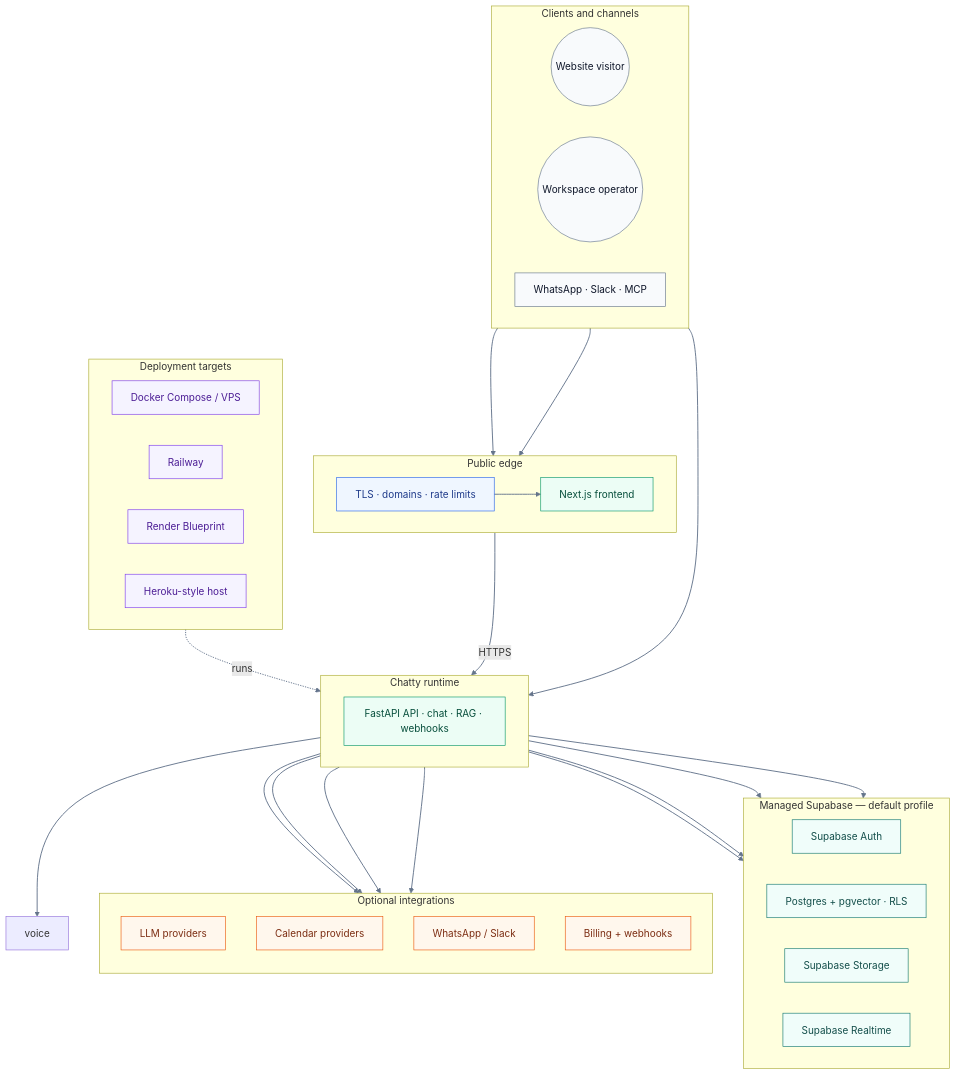
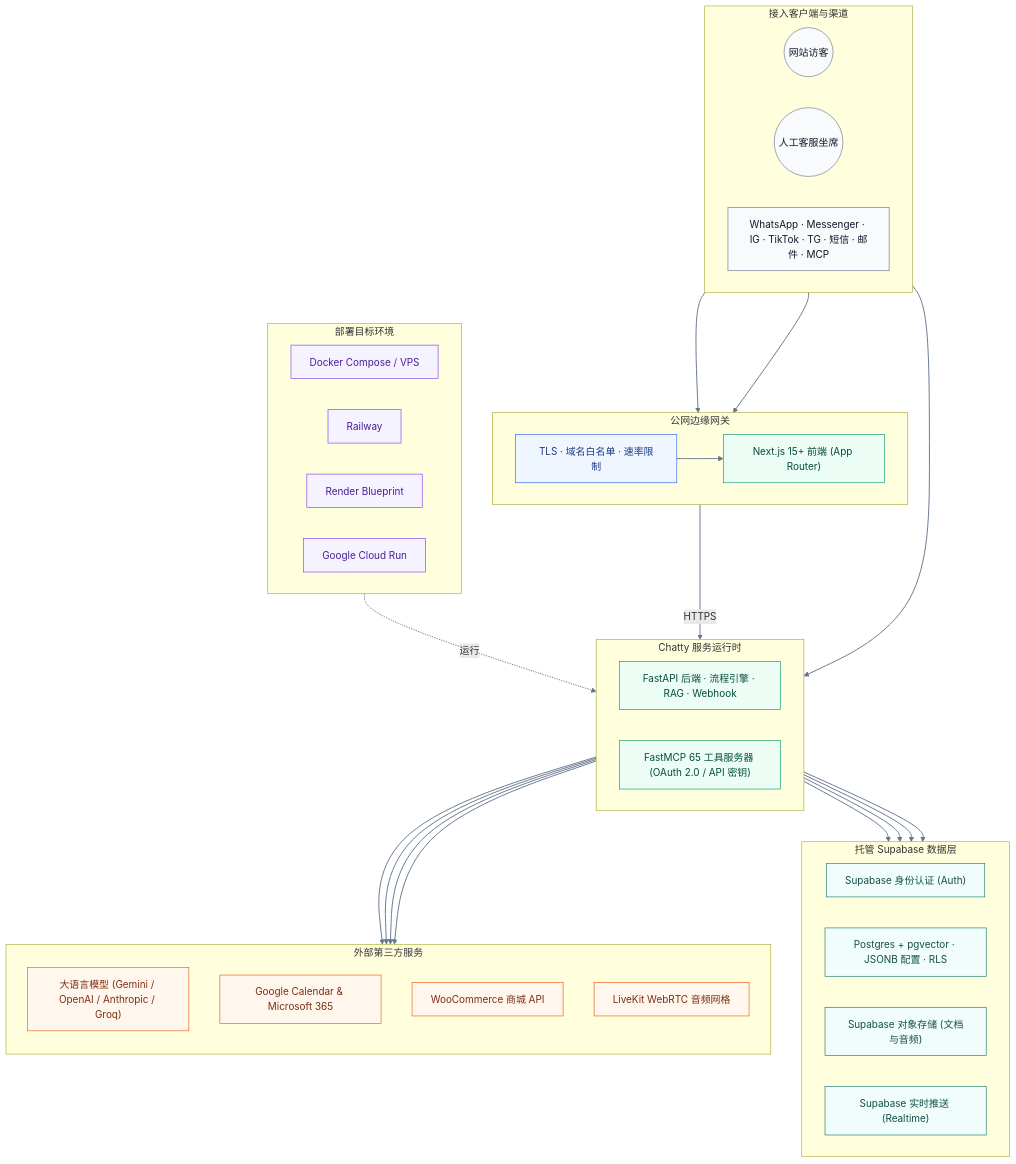
The second of 2 diagrams in README.zh-CN.md (PersonaliAI/chatty), drawn with Mermaid before and after one commit. The commit also changed other lines of this file and 3 other files, not shown here.

Commit message:
docs: fully revise readmes in en, es, ja, zh-cn with 7-channel hub, flow builder, woocommerce, and new diagrams

````diff
--- a/README.zh-CN.md
+++ b/README.zh-CN.md
@@ -115,63 +351,63 @@
 ```mermaid
 flowchart TB
     classDef actor fill:#f8fafc,stroke:#64748b,color:#0f172a
     classDef edge fill:#eff6ff,stroke:#2563eb,color:#1e3a8a
     classDef app fill:#ecfdf5,stroke:#059669,color:#064e3b
     classDef data fill:#f0fdfa,stroke:#0f766e,color:#134e4a
     classDef integration fill:#fff7ed,stroke:#ea580c,color:#7c2d12
     classDef deploy fill:#f5f3ff,stroke:#7c3aed,color:#4c1d95
 
-    subgraph clients["Clients and channels"]
+    subgraph clients["接入客户端与渠道"]
         direction LR
-        visitor(("Website visitor")):::actor
-        operator(("Workspace operator")):::actor
-        channels["WhatsApp · Slack · MCP"]:::actor
+        visitor(("网站访客")):::actor
+        operator(("人工客服坐席")):::actor
+        omni["WhatsApp · Messenger · IG · TikTok · TG · 短信 · 邮件 · MCP"]:::actor
     end
-    subgraph edge["Public edge"]
+    subgraph edge["公网边缘网关"]
         direction LR
-        tls["TLS · domains · rate limits"]:::edge
-        web["Next.js frontend"]:::app
+        tls["TLS · 域名白名单 · 速率限制"]:::edge
+        web["Next.js 15+ 前端 (App Router)"]:::app
     end
-    subgraph runtime["Chatty runtime"]
+    subgraph runtime["Chatty 服务运行时"]
         direction LR
-        api["FastAPI API · chat · RAG · webhooks"]:::app
+        api["FastAPI 后端 · 流程引擎 · RAG · Webhook"]:::app
+        mcp["FastMCP 65 工具服务器 (OAuth 2.0 / API 密钥)"]:::app
     end
-    subgraph managed["Managed Supabase — default profile"]
+    subgraph managed["托管 Supabase 数据层"]
         direction LR
-        auth["Supabase Auth"]:::data
-        postgres["Postgres + pgvector · RLS"]:::data
-        storage["Supabase Storage"]:::data
-        realtime["Supabase Realtime"]:::data
+        auth["Supabase 身份认证 (Auth)"]:::data
+        postgres["Postgres + pgvector · JSONB 配置 · RLS"]:::data
+        storage["Supabase 对象存储 (文档与音频)"]:::data
+        realtime["Supabase 实时推送 (Realtime)"]:::data
     end
-    subgraph integrations["Optional integrations"]
+    subgraph integrations["外部第三方服务"]
         direction TB
-        llm["LLM providers"]:::integration
-        calendar["Calendar providers"]:::integration
-        channelsApi["WhatsApp / Slack"]:::integration
-        billing["Billing + webhooks"]:::integration
+        llm["大语言模型 (Gemini / OpenAI / Anthropic / Groq)"]:::integration
+        calendar["Google Calendar & Microsoft 365"]:::integration
+        wooCommerce["WooCommerce 商城 API"]:::integration
+        voiceLiveKit["LiveKit WebRTC 音频网格"]:::integration
     end
-    subgraph targets["Deployment targets"]
+    subgraph targets["部署目标环境"]
         direction LR
         docker["Docker Compose / VPS"]:::deploy
         railway["Railway"]:::deploy
         render["Render Blueprint"]:::deploy
-        heroku["Heroku-style host"]:::deploy
+        cloudrun["Google Cloud Run"]:::deploy
     end
 
     visitor --> tls
     operator --> web
-    channels --> api
+    omni --> api
     tls --> web
     web -->|HTTPS| api
-    api --> voice
     api --> auth
     api --> postgres
     api --> storage
     api --> realtime
     api --> llm
     api --> calendar
-    api --> channelsApi
-    api --> billing
-    targets -. runs .-> runtime
+    api --> wooCommerce
+    api --> voiceLiveKit
+    targets -. 运行 .-> runtime
     linkStyle default stroke:#64748b,stroke-width:1.5px
 ```
````
